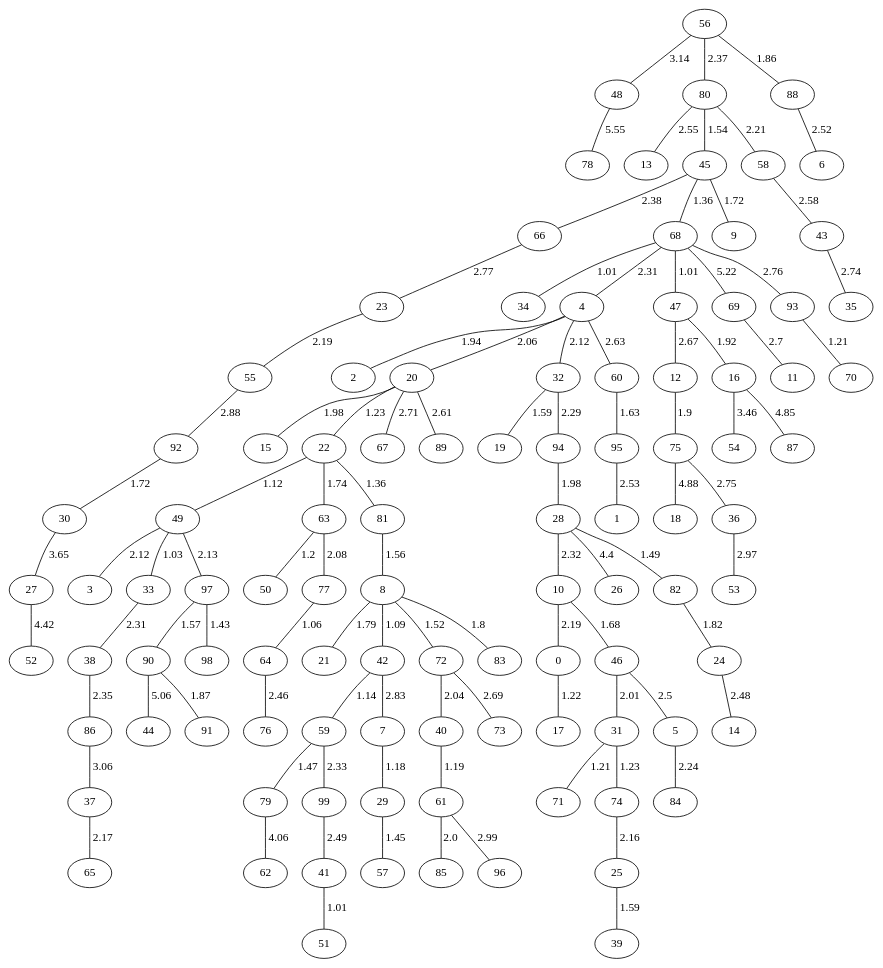
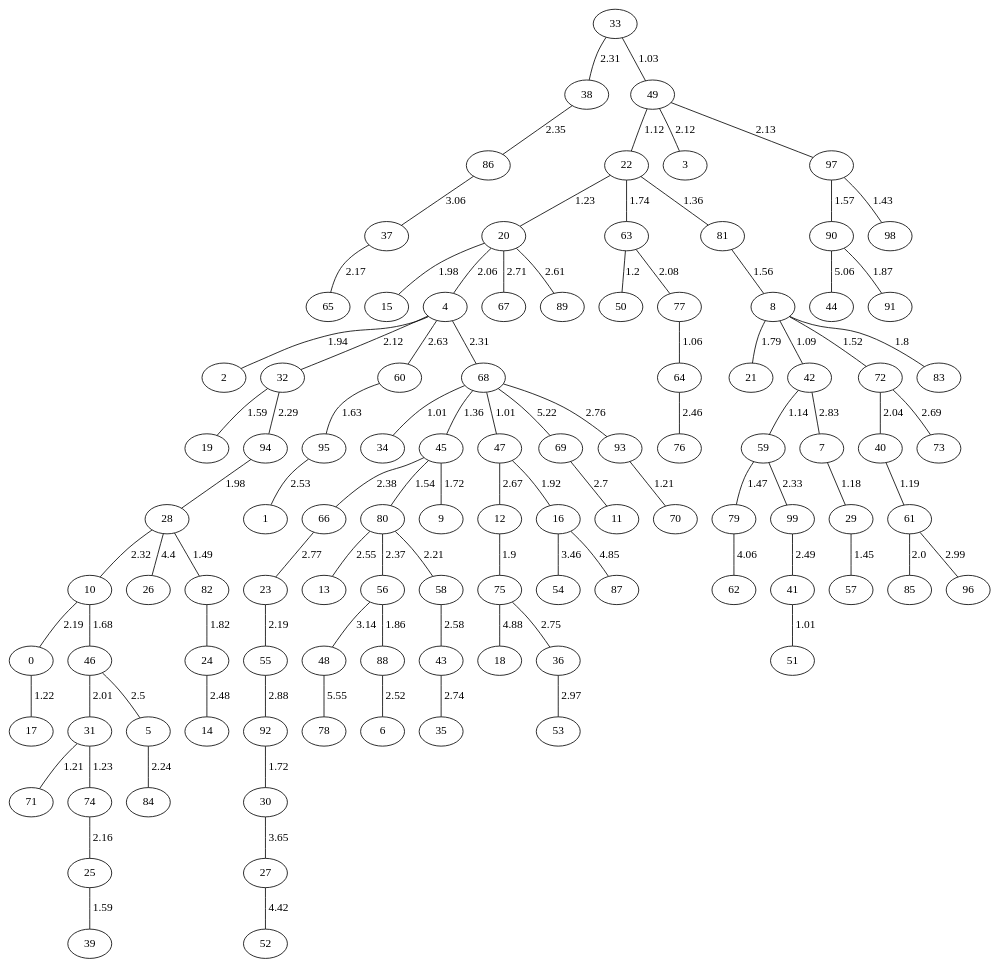
Before and after one commit to amorac4/DAA24: the diagram in Proyecto 4/Grafos MST/grafo_Erdös-Rényi_100_no dirigido_prim.gv, drawn with Graphviz. The commit also changed 62 other files, not shown here.

```diff
--- a/Proyecto 4/Grafos MST/grafo_Erdös-Rényi_100_no dirigido_prim.gv
+++ b/Proyecto 4/Grafos MST/grafo_Erdös-Rényi_100_no dirigido_prim.gv
@@ -99,21 +99,9 @@
   "97";
   "98";
   "99";
-  "56" -- "88" [label="1.86"];
-  "56" -- "80" [label="2.37"];
-  "80" -- "45" [label="1.54"];
-  "45" -- "68" [label="1.36"];
-  "68" -- "34" [label="1.01"];
-  "68" -- "47" [label="1.01"];
-  "45" -- "9" [label="1.72"];
-  "47" -- "16" [label="1.92"];
-  "80" -- "58" [label="2.21"];
-  "68" -- "4" [label="2.31"];
-  "4" -- "2" [label="1.94"];
-  "4" -- "20" [label="2.06"];
-  "20" -- "22" [label="1.23"];
-  "22" -- "49" [label="1.12"];
-  "49" -- "33" [label="1.03"];
+  "33" -- "49" [label="1.03"];
+  "49" -- "22" [label="1.12"];
+  "22" -- "20" [label="1.23"];
   "22" -- "81" [label="1.36"];
   "81" -- "8" [label="1.56"];
   "8" -- "42" [label="1.09"];
@@ -128,6 +116,8 @@
   "72" -- "40" [label="2.04"];
   "40" -- "61" [label="1.19"];
   "61" -- "85" [label="2.0"];
+  "20" -- "4" [label="2.06"];
+  "4" -- "2" [label="1.94"];
   "63" -- "77" [label="2.08"];
   "77" -- "64" [label="1.06"];
   "4" -- "32" [label="2.12"];
@@ -142,6 +132,14 @@
   "28" -- "82" [label="1.49"];
   "82" -- "24" [label="1.82"];
   "33" -- "38" [label="2.31"];
+  "4" -- "68" [label="2.31"];
+  "68" -- "34" [label="1.01"];
+  "68" -- "47" [label="1.01"];
+  "68" -- "45" [label="1.36"];
+  "45" -- "80" [label="1.54"];
+  "45" -- "9" [label="1.72"];
+  "47" -- "16" [label="1.92"];
+  "80" -- "58" [label="2.21"];
   "28" -- "10" [label="2.32"];
   "10" -- "46" [label="1.68"];
   "46" -- "31" [label="2.01"];
@@ -153,6 +151,8 @@
   "0" -- "17" [label="1.22"];
   "59" -- "99" [label="2.33"];
   "38" -- "86" [label="2.35"];
+  "80" -- "56" [label="2.37"];
+  "56" -- "88" [label="1.86"];
   "45" -- "66" [label="2.38"];
   "64" -- "76" [label="2.46"];
   "24" -- "14" [label="2.48"];
```
